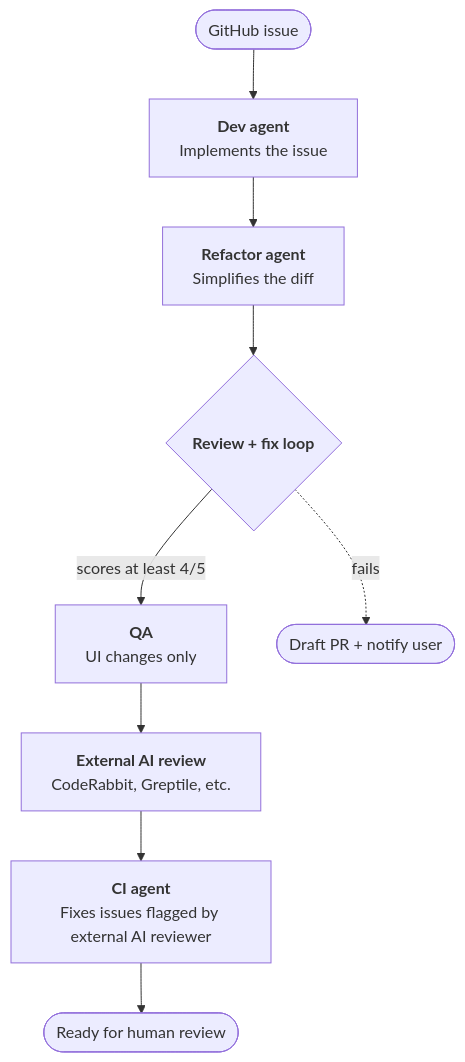
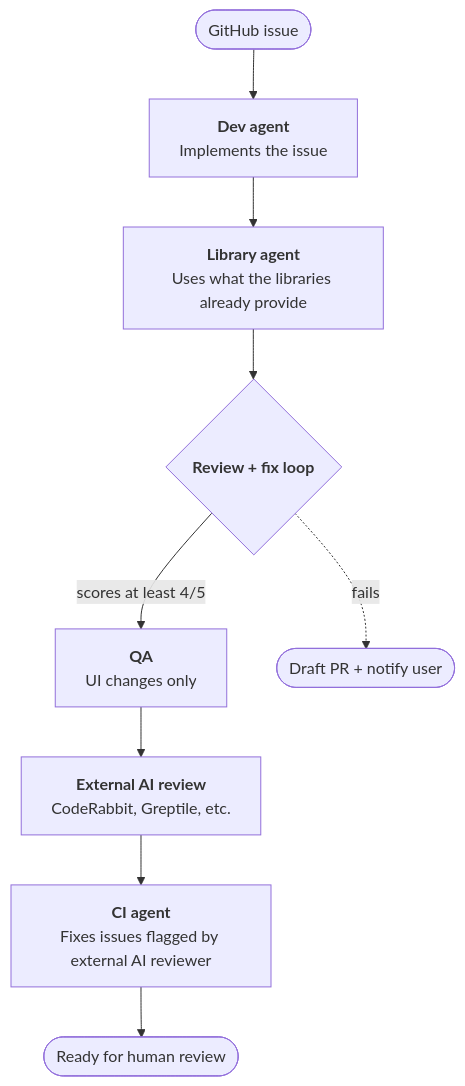
One commit to tyler-mcdonald/skills changed the diagram in README.md. Above: the diagram before and after it, drawn with Mermaid. The commit also changed 4 other files, not shown here.

````diff
--- a/README.md
+++ b/README.md
@@ -11,16 +11,16 @@
 ```mermaid
 flowchart TD
     A([GitHub issue]) --> B["`**Dev agent**
 Implements the issue`"]
-    B --> C["`**Refactor agent**
-Simplifies the diff`"]
+    B --> C["`**Library agent**
+Uses what the libraries already provide`"]
     C --> D{"`**Review + fix loop**`"}
     D -->|scores at least 4/5| E["`**QA**
 UI changes only`"]
     D -.->|fails| X([Draft PR + notify user])
     E --> F["`**External AI review**
 CodeRabbit, Greptile, etc.`"]
     F --> G["`**CI agent**
 Fixes issues flagged by external AI reviewer`"]
     G --> H([Ready for human review])
 ```
````
